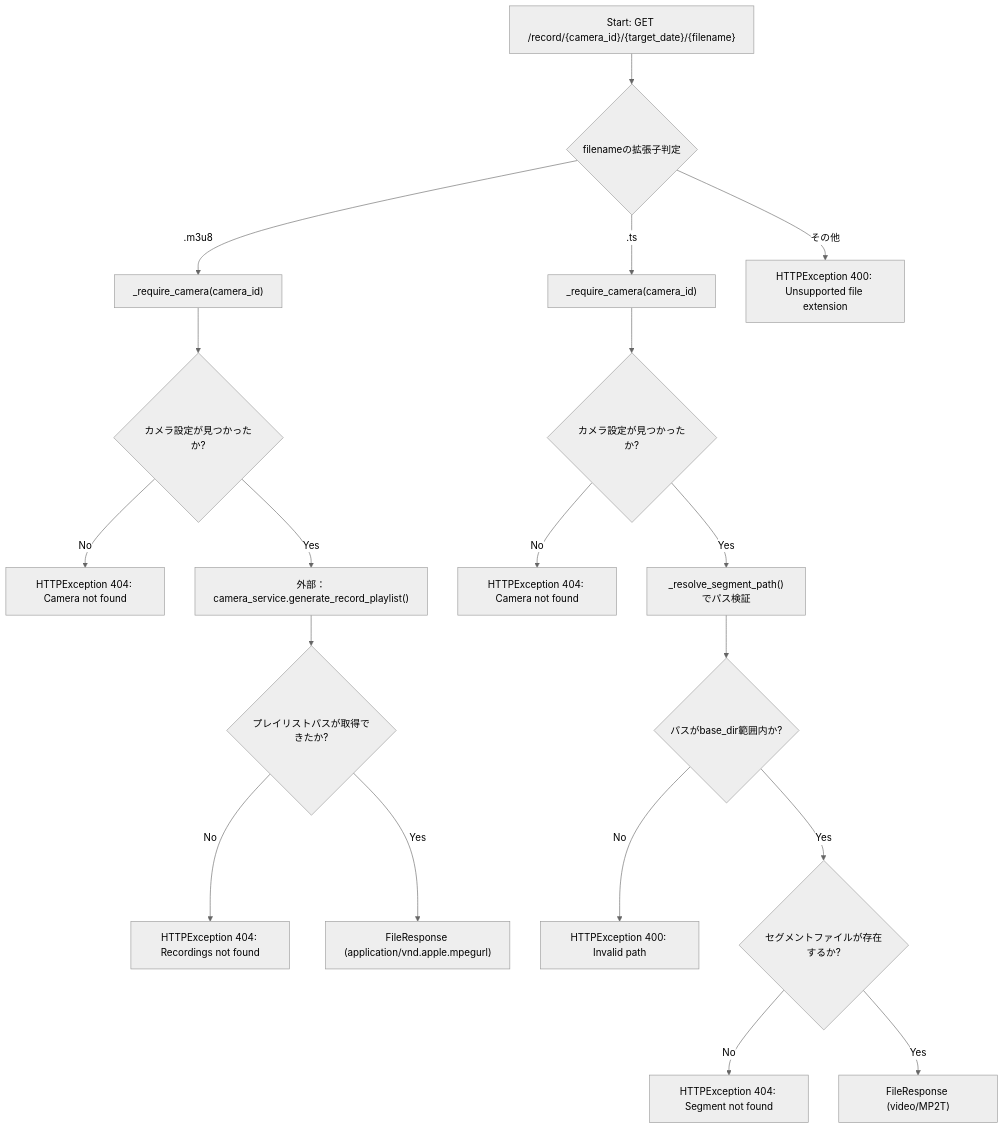
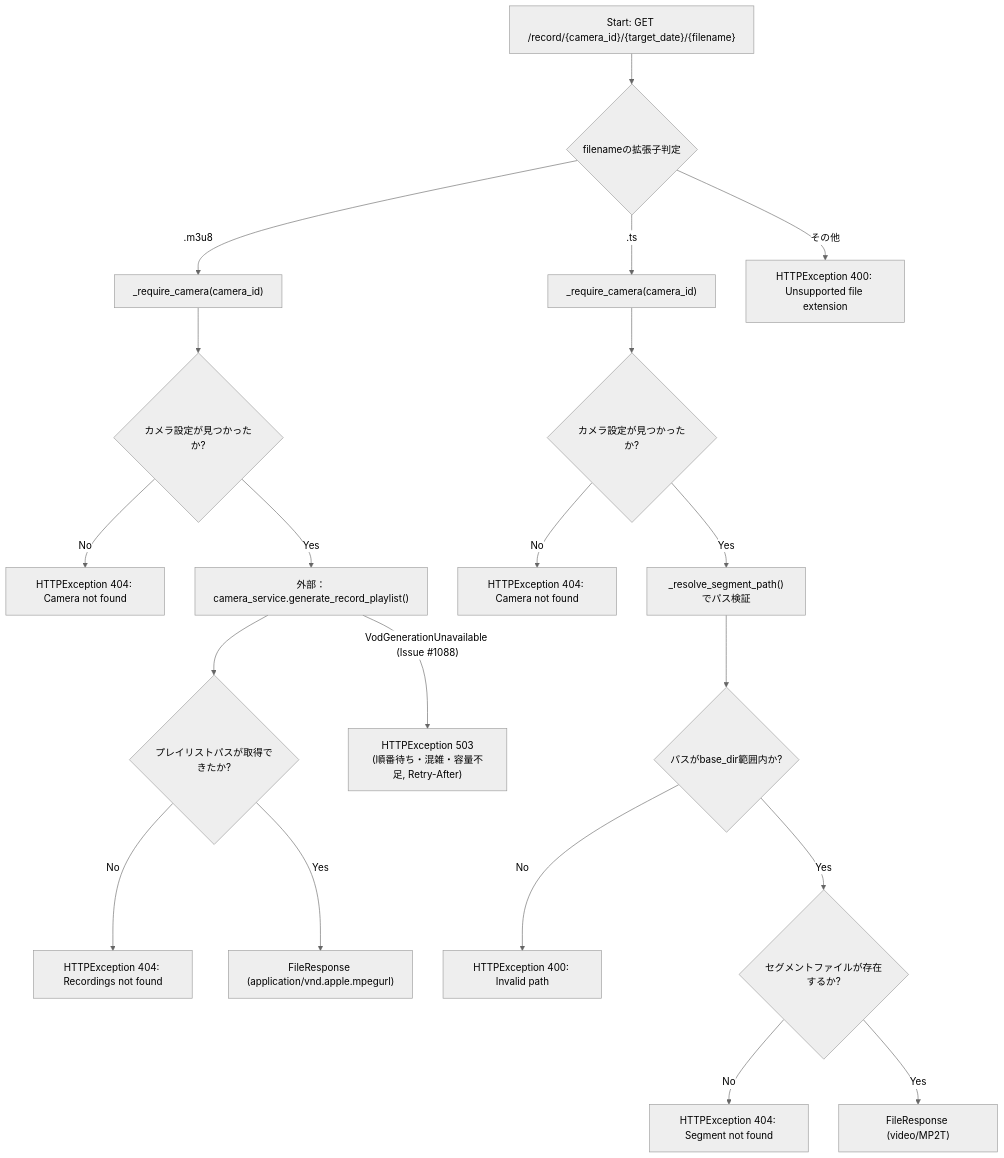
The first of 2 diagrams in docs/specifications/MY_HOME_SYSTEM/camera_router.md (mmtigers/my_python_project), drawn with Mermaid (neutral theme) before and after one commit. The commit also changed other lines of this file and 8 other files, not shown here.

````diff
--- a/docs/specifications/MY_HOME_SYSTEM/camera_router.md
+++ b/docs/specifications/MY_HOME_SYSTEM/camera_router.md
@@ -256,24 +257,25 @@
 ```mermaid
 flowchart TD
     Start["Start: GET /record/{camera_id}/{target_date}/{filename}"] --> ExtCheck{"filenameの拡張子判定"}
 
     ExtCheck -- ".m3u8" --> ReqCam1["_require_camera(camera_id)"]
     ReqCam1 --> CamFound1{"カメラ設定が見つかったか?"}
     CamFound1 -- No --> Err404a["HTTPException 404: Camera not found"]
     CamFound1 -- Yes --> GenPlaylist["外部：camera_service.generate_record_playlist()"]
     GenPlaylist --> PlaylistOk{"プレイリストパスが取得できたか?"}
+    GenPlaylist -- "VodGenerationUnavailable (Issue #1088)" --> Err503["HTTPException 503<br>(順番待ち・混雑・容量不足, Retry-After)"]
     PlaylistOk -- No --> Err404b["HTTPException 404: Recordings not found"]
     PlaylistOk -- Yes --> RespM3u8["FileResponse (application/vnd.apple.mpegurl)"]
 
     ExtCheck -- ".ts" --> ReqCam2["_require_camera(camera_id)"]
     ReqCam2 --> CamFound2{"カメラ設定が見つかったか?"}
     CamFound2 -- No --> Err404c["HTTPException 404: Camera not found"]
     CamFound2 -- Yes --> ResolvePath["_resolve_segment_path()でパス検証"]
     ResolvePath --> PathValid{"パスがbase_dir範囲内か?"}
     PathValid -- No --> Err400["HTTPException 400: Invalid path"]
     PathValid -- Yes --> FileExists{"セグメントファイルが存在するか?"}
     FileExists -- No --> Err404d["HTTPException 404: Segment not found"]
     FileExists -- Yes --> RespTs["FileResponse (video/MP2T)"]
 
     ExtCheck -- "その他" --> Err400b["HTTPException 400: Unsupported file extension"]
 ```
````
